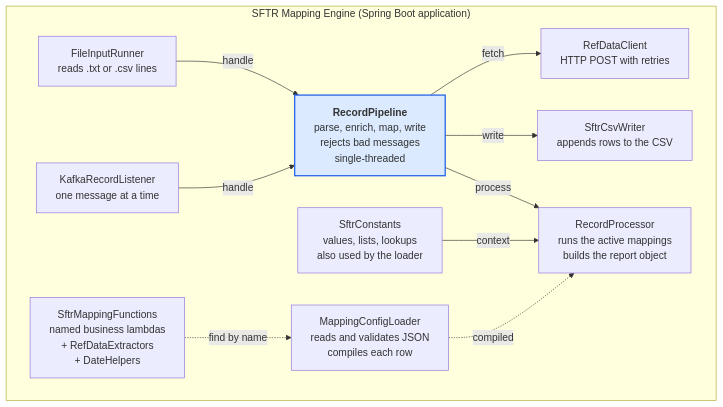
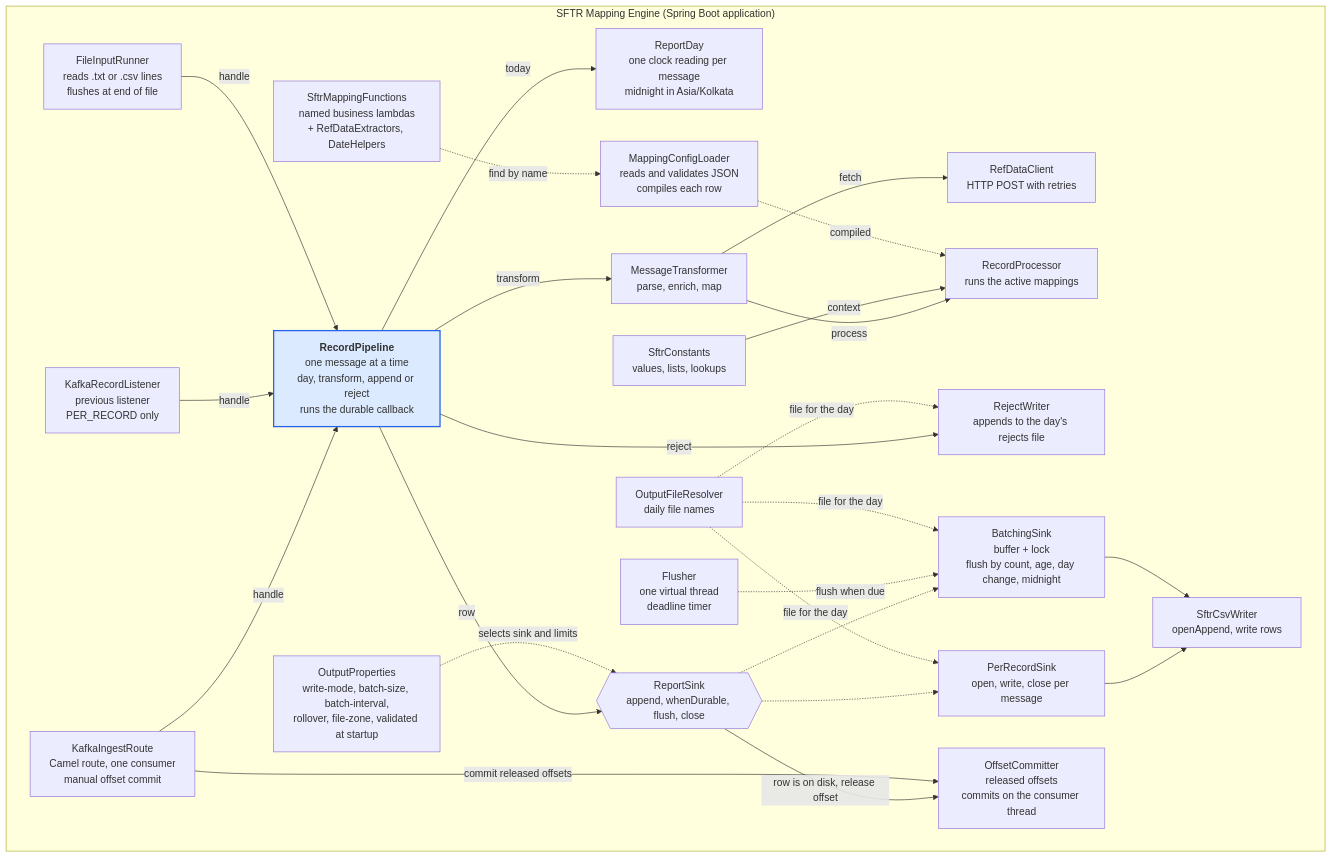
One commit to shanregs/msg-transformer changed the third of 9 diagrams in docs/c4-architecture.md. Above: the diagram before and after it, drawn with Mermaid. The commit also changed other lines of this file and 1 other file, not shown here.

Commit message:
Update flow guide and C4 diagrams to the Camel route, write modes and daily files

````diff
--- a/docs/c4-architecture.md
+++ b/docs/c4-architecture.md
@@ -41,25 +43,51 @@
 ```mermaid
 flowchart TB
     subgraph engine["SFTR Mapping Engine (Spring Boot application)"]
-        file["FileInputRunner<br/>reads .txt or .csv lines"]
-        kafka["KafkaRecordListener<br/>one message at a time"]
-        pipe["<b>RecordPipeline</b><br/>parse, enrich, map, write<br/>rejects bad messages<br/>single-threaded"]
+        route["KafkaIngestRoute<br/>Camel route, one consumer<br/>manual offset commit"]
+        legacy["KafkaRecordListener<br/>previous listener<br/>PER_RECORD only"]
+        file["FileInputRunner<br/>reads .txt or .csv lines<br/>flushes at end of file"]
+        pipe["<b>RecordPipeline</b><br/>one message at a time<br/>day, transform, append or reject<br/>runs the durable callback"]
+        day["ReportDay<br/>one clock reading per message<br/>midnight in Asia/Kolkata"]
+        tf["MessageTransformer<br/>parse, enrich, map"]
         ref["RefDataClient<br/>HTTP POST with retries"]
-        csv["SftrCsvWriter<br/>appends rows to the CSV"]
-        proc["RecordProcessor<br/>runs the active mappings<br/>builds the report object"]
+        proc["RecordProcessor<br/>runs the active mappings"]
+        sink{{"ReportSink<br/>append, whenDurable, flush, close"}}
+        per["PerRecordSink<br/>open, write, close per message"]
+        batch["BatchingSink<br/>buffer + lock<br/>flush by count, age, day change, midnight"]
+        timer["Flusher<br/>one virtual thread<br/>deadline timer"]
+        rej["RejectWriter<br/>appends to the day's rejects file"]
+        csv["SftrCsvWriter<br/>openAppend, write rows"]
+        files["OutputFileResolver<br/>daily file names"]
+        commit["OffsetCommitter<br/>released offsets<br/>commits on the consumer thread"]
+        props["OutputProperties<br/>write-mode, batch-size, batch-interval,<br/>rollover, file-zone, validated at startup"]
         loader["MappingConfigLoader<br/>reads and validates JSON<br/>compiles each row"]
-        fns["SftrMappingFunctions<br/>named business lambdas<br/>+ RefDataExtractors<br/>+ DateHelpers"]
-        consts["SftrConstants<br/>values, lists, lookups<br/>also used by the loader"]
+        fns["SftrMappingFunctions<br/>named business lambdas<br/>+ RefDataExtractors, DateHelpers"]
+        consts["SftrConstants<br/>values, lists, lookups"]
 
+        route -->|handle| pipe
+        legacy -->|handle| pipe
         file -->|handle| pipe
-        kafka -->|handle| pipe
-        pipe -->|fetch| ref
-        pipe -->|write| csv
-        pipe -->|process| proc
+        pipe -->|today| day
+        pipe -->|transform| tf
+        tf -->|fetch| ref
+        tf -->|process| proc
         consts -->|context| proc
+        pipe -->|row| sink
+        pipe -->|reject| rej
+        sink -.-> per
+        sink -.-> batch
+        timer -.->|flush when due| batch
+        per --> csv
+        batch --> csv
+        files -.->|file for the day| per
+        files -.->|file for the day| batch
+        files -.->|file for the day| rej
+        sink -->|row is on disk, release offset| commit
+        route -->|commit released offsets| commit
+        props -.->|selects sink and limits| sink
         loader -.->|compiled| proc
         fns -.->|find by name| loader
     end
 
     style pipe fill:#dbeafe,stroke:#2563eb,stroke-width:2px
 ```
````
